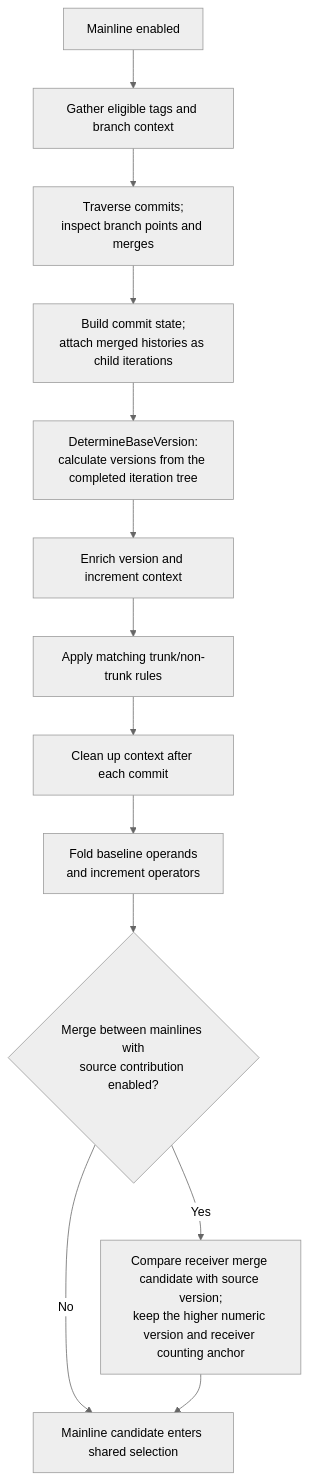
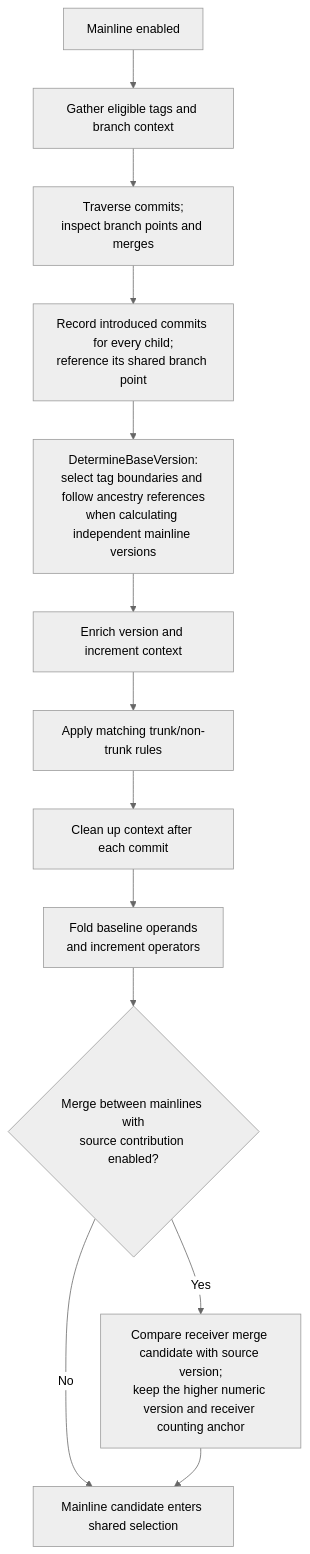
Before and after one commit to GitTools/GitVersion: the diagram in docs/diagrams/VersionCalculation_Mainline.mmd, drawn with Mermaid (neutral theme). The commit also changed 31 other files, not shown here.

Commit message:
refactor: reference shared mainline ancestry

```diff
--- a/docs/diagrams/VersionCalculation_Mainline.mmd
+++ b/docs/diagrams/VersionCalculation_Mainline.mmd
@@ -1,13 +1,13 @@
 flowchart TD
     Enabled["Mainline enabled"] --> Tags["Gather eligible tags and branch context"]
     Tags --> Traverse["Traverse commits;<br/>inspect branch points and merges"]
-    Traverse --> State["Build commit state;<br/>attach merged histories as child iterations"]
-    State --> Calculate["DetermineBaseVersion:<br/>calculate versions from the completed iteration tree"]
+    Traverse --> State["Record introduced commits for every child;<br/>reference its shared branch point"]
+    State --> Calculate["DetermineBaseVersion:<br/>select tag boundaries and follow ancestry references<br/>when calculating independent mainline versions"]
     Calculate --> Pre["Enrich version and increment context"]
     Pre --> Rules["Apply matching trunk/non-trunk rules"]
     Rules --> Post["Clean up context after each commit"]
     Post --> Fold["Fold baseline operands<br/>and increment operators"]
     Fold --> Source{"Merge between mainlines with<br/>source contribution enabled?"}
     Source -->|No| Candidate["Mainline candidate enters shared selection"]
     Source -->|Yes| Floor["Compare receiver merge candidate with source version;<br/>keep the higher numeric version and receiver counting anchor"]
     Floor --> Candidate
```
